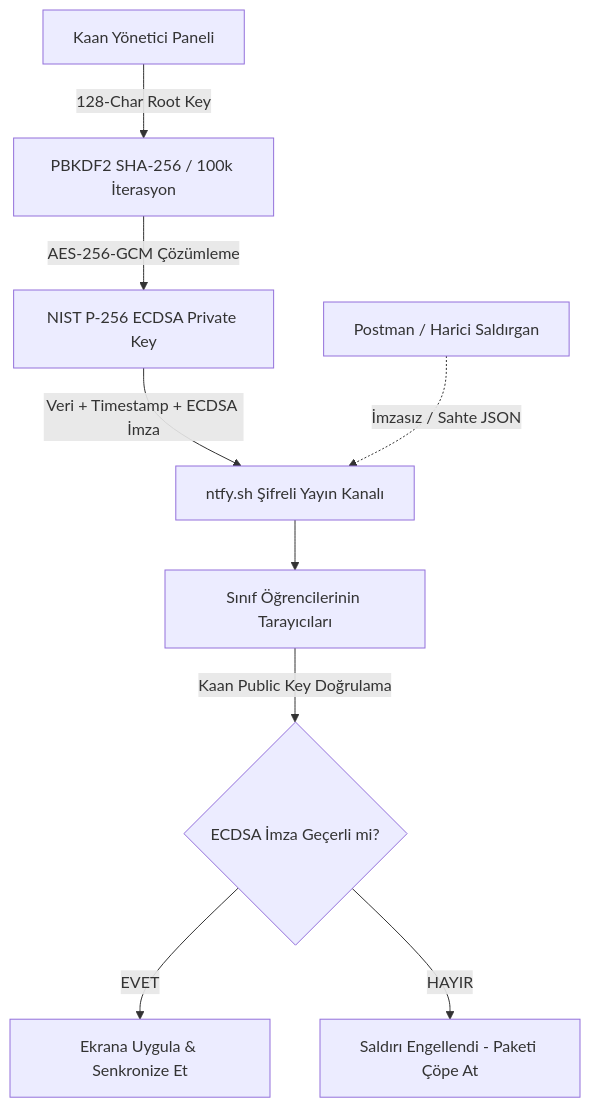
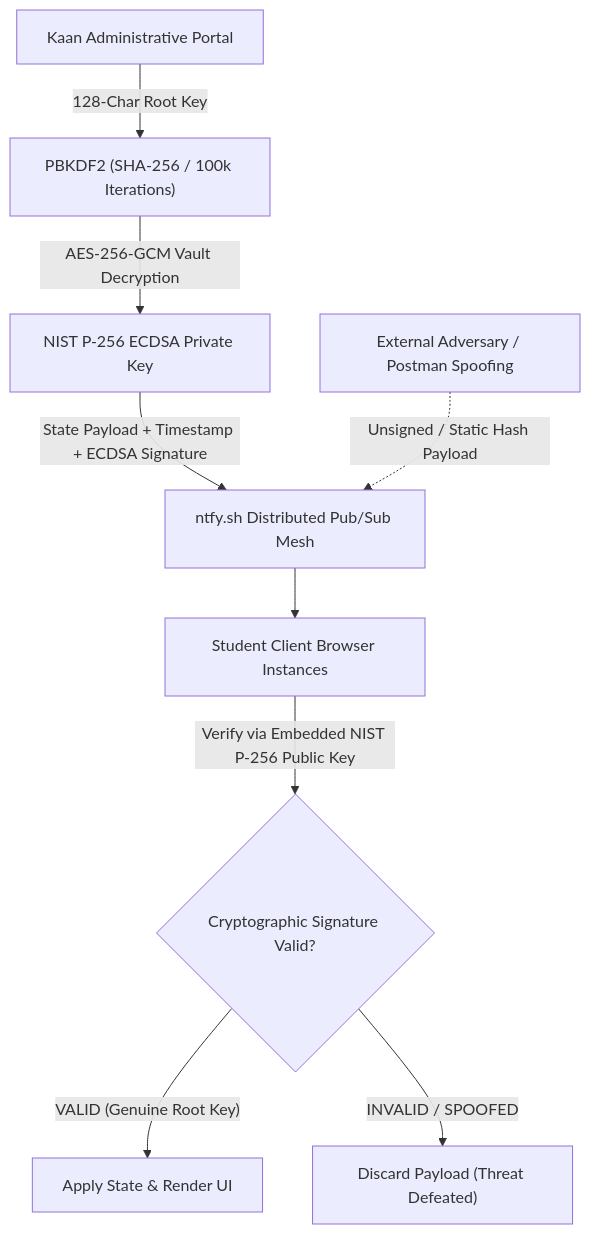
One commit to AKaanUysal/MACKA-HAZIRLIK-C changed the diagram in README.md. Above: the diagram before and after it, drawn with Mermaid. The commit also changed other lines of this file and 1 other file, not shown here.

````diff
--- a/README.md
+++ b/README.md
@@ -48,13 +54,13 @@
 ```mermaid
 flowchart TD
-    A[Kaan Yönetici Paneli] -->|128-Char Root Key| B[PBKDF2 SHA-256 / 100k İterasyon]
-    B -->|AES-256-GCM Çözümleme| C[NIST P-256 ECDSA Private Key]
-    C -->|Veri + Timestamp + ECDSA İmza| D[ntfy.sh Şifreli Yayın Kanalı]
+    A["Kaan Administrative Portal"] -->|"128-Char Root Key"| B["PBKDF2 (SHA-256 / 100k Iterations)"]
+    B -->|"AES-256-GCM Vault Decryption"| C["NIST P-256 ECDSA Private Key"]
+    C -->|"State Payload + Timestamp + ECDSA Signature"| D["ntfy.sh Distributed Pub/Sub Mesh"]
     
-    E[Postman / Harici Saldırgan] -.->|İmzasız / Sahte JSON| D
+    E["External Adversary / Postman Spoofing"] -.->|"Unsigned / Static Hash Payload"| D
     
-    D --> F[Sınıf Öğrencilerinin Tarayıcıları]
-    F -->|Kaan Public Key Doğrulama| G{ECDSA İmza Geçerli mi?}
-    G -->|EVET| H[Ekrana Uygula & Senkronize Et]
-    G -->|HAYIR| I[Saldırı Engellendi - Paketi Çöpe At]
+    D --> F["Student Client Browser Instances"]
+    F -->|"Verify via Embedded NIST P-256 Public Key"| G{"Cryptographic Signature Valid?"}
+    G -->|"VALID (Genuine Root Key)"| H["Apply State & Render UI"]
+    G -->|"INVALID / SPOOFED"| I["Discard Payload (Threat Defeated)"]
 ```
````
